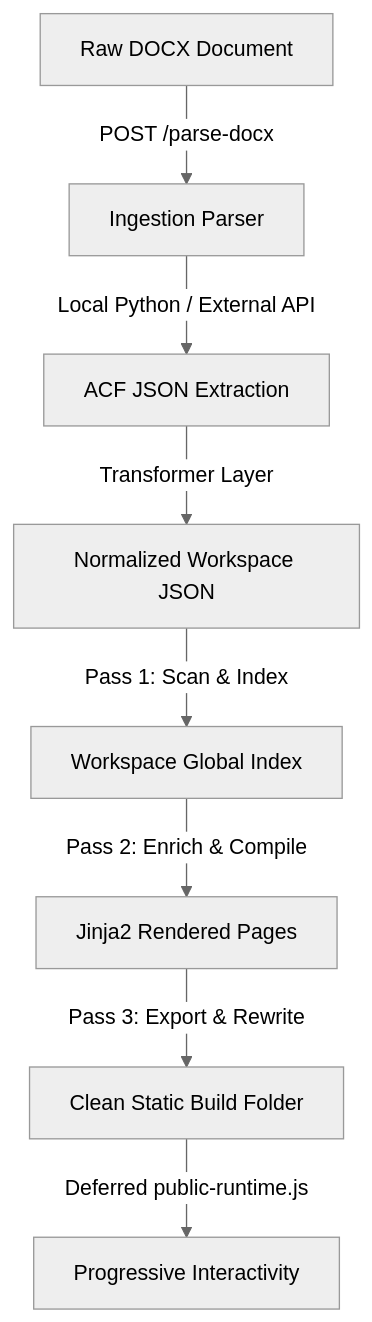
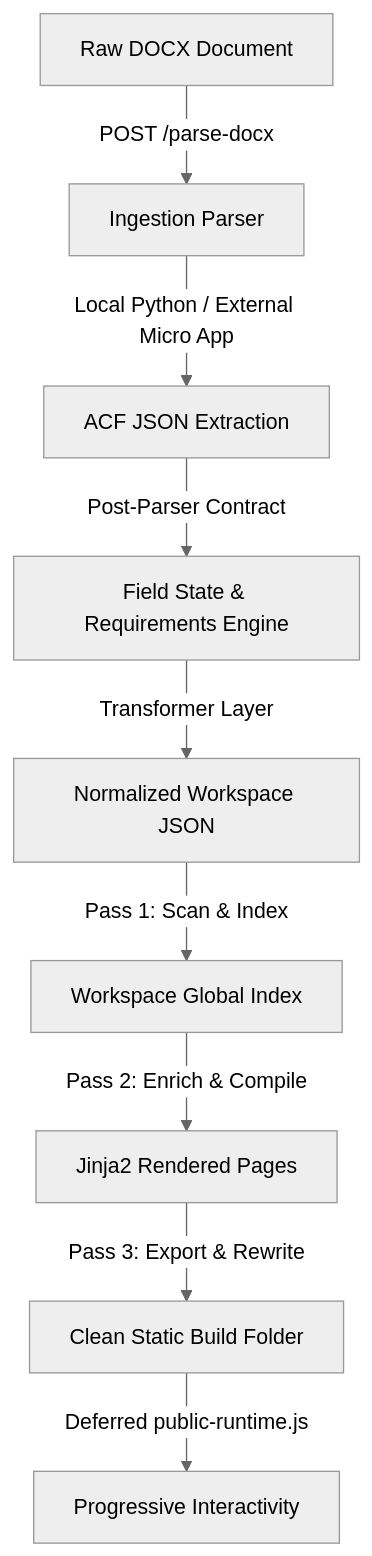
One commit to db-sde/page-builder changed the diagram in REPORT.md. Above: the diagram before and after it, drawn with Mermaid (neutral theme). The commit also changed other lines of this file and 22 other files, not shown here.

Commit message:
feat: complete schema-driven pipeline phase 3 by implementing editing state, page blueprints, and removing fabricated content fallbacks.

````diff
--- a/REPORT.md
+++ b/REPORT.md
@@ -23,10 +25,11 @@
 ```mermaid
 graph TD
     A[Raw DOCX Document] -->|POST /parse-docx| B[Ingestion Parser]
-    B -->|Local Python / External API| C[ACF JSON Extraction]
-    C -->|Transformer Layer| D[Normalized Workspace JSON]
-    D -->|Pass 1: Scan & Index| E[Workspace Global Index]
-    E -->|Pass 2: Enrich & Compile| F[Jinja2 Rendered Pages]
-    F -->|Pass 3: Export & Rewrite| G[Clean Static Build Folder]
-    G -->|Deferred public-runtime.js| H[Progressive Interactivity]
+    B -->|Local Python / External Micro App| C[ACF JSON Extraction]
+    C -->|Post-Parser Contract| D[Field State & Requirements Engine]
+    D -->|Transformer Layer| E[Normalized Workspace JSON]
+    E -->|Pass 1: Scan & Index| F[Workspace Global Index]
+    F -->|Pass 2: Enrich & Compile| G[Jinja2 Rendered Pages]
+    G -->|Pass 3: Export & Rewrite| H[Clean Static Build Folder]
+    H -->|Deferred public-runtime.js| I[Progressive Interactivity]
 ```
````
